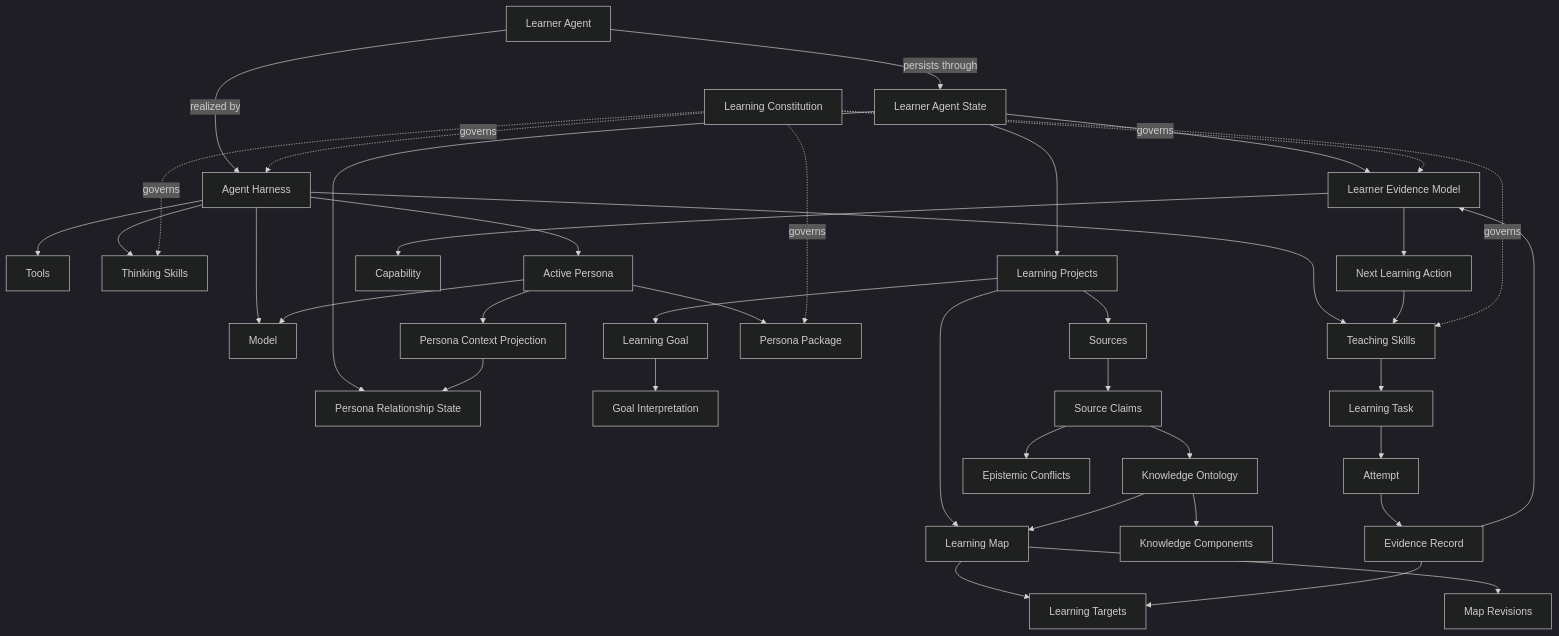
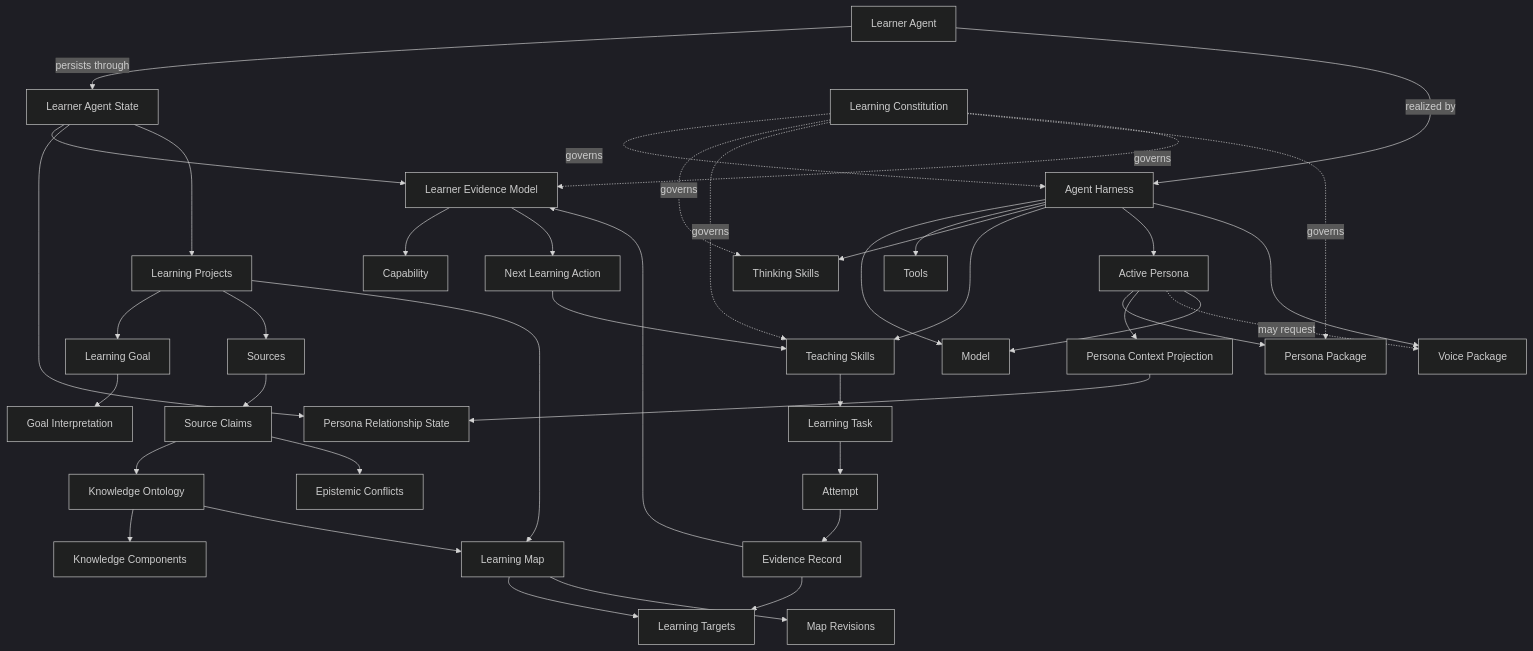
The diagram in CONTEXT.md (jon-devlapaz/socraTink), drawn with Mermaid (dark theme) before and after one commit. The commit also changed other lines of this file and 1 other file, not shown here.

Commit message:
docs: define persona package boundary

````diff
--- a/CONTEXT.md
+++ b/CONTEXT.md
@@ -128,46 +132,48 @@
 ```mermaid
 flowchart TD
     LA[Learner Agent] -->|persists through| LAS[Learner Agent State]
     LA -->|realized by| AH[Agent Harness]
     AH --> M[Model]
     AH --> TOOL[Tools]
     AH --> TS[Thinking Skills]
     AH --> TEACH[Teaching Skills]
     AH --> AP[Active Persona]
+    AH --> VP[Voice Package]
 
     LAS --> LEM[Learner Evidence Model]
     LAS --> PRS[Persona Relationship State]
     LAS --> LP[Learning Projects]
 
     LP --> LG[Learning Goal]
     LG --> GI[Goal Interpretation]
     LP --> SRC[Sources]
     LP --> LM[Learning Map]
     SRC --> SC[Source Claims]
     SC --> KO[Knowledge Ontology]
     SC --> EC[Epistemic Conflicts]
     KO --> KC[Knowledge Components]
     KO --> LM
     LM --> LT[Learning Targets]
     LM --> MR[Map Revisions]
 
     TEACH --> TASK[Learning Task]
     TASK --> ATT[Attempt]
     ATT --> ER[Evidence Record]
     ER --> LEM
     ER --> LT
     LEM --> CAP[Capability]
     LEM --> NLA[Next Learning Action]
     NLA --> TEACH
 
     AP --> PP[Persona Package]
     AP --> PCP[Persona Context Projection]
+    AP -.may request.-> VP
     PCP --> PRS
     AP --> M
 
     LC[Learning Constitution] -.governs.-> AH
     LC -.governs.-> TS
     LC -.governs.-> TEACH
     LC -.governs.-> PP
     LC -.governs.-> LEM
 ```
````
